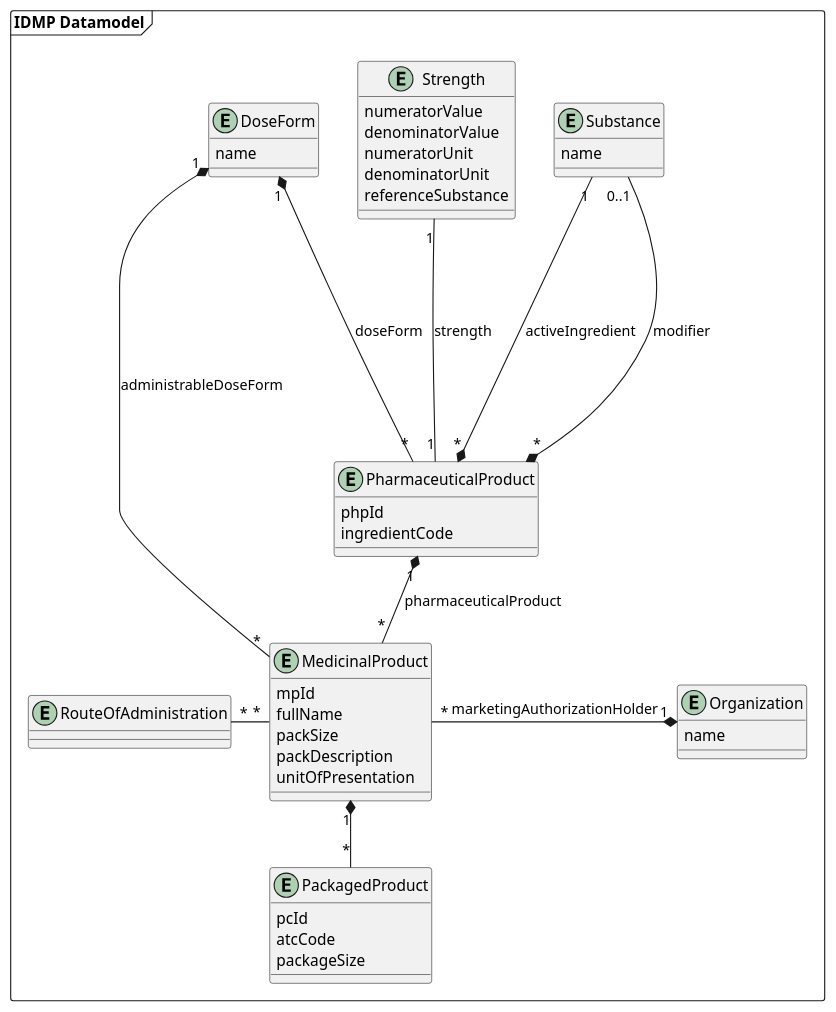
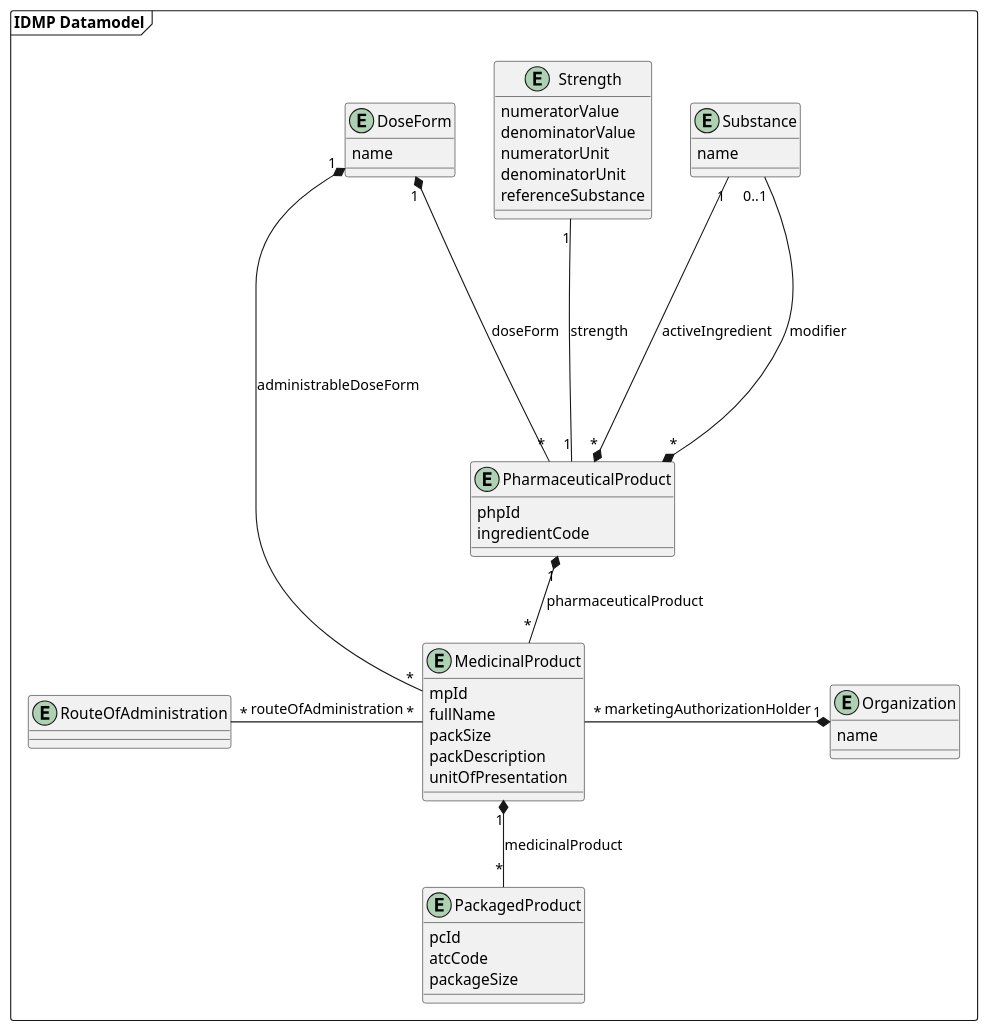
Before and after one commit to unicom-project-eu/wp6-db-api: the diagram in uml/class/datamodel.puml, drawn with PlantUML.

Commit message:
Added names to relationships

```diff
--- a/uml/class/datamodel.puml
+++ b/uml/class/datamodel.puml
@@ -1,62 +1,62 @@
 @startuml
 'https://plantuml.com/class-diagram
 
 package "IDMP Datamodel" as idmpDatamodel <<frame>> {
     entity RouteOfAdministration {
     }
 
     together {
         entity DoseForm {
             name
         }
 
         entity Strength {
             numeratorValue
             denominatorValue
             numeratorUnit
             denominatorUnit
             referenceSubstance
         }
 
         entity Substance {
             name
         }
     }
 
     entity PharmaceuticalProduct {
         phpId
         ingredientCode
     }
 
     entity MedicinalProduct {
         mpId
         fullName
         packSize
         packDescription
         unitOfPresentation
     }
 
     entity PackagedProduct {
         pcId
         atcCode
         packageSize
     }
 
     entity Organization {
         name
     }
 
     Substance "1" ----* "*" PharmaceuticalProduct : activeIngredient
     Substance "0..1" ----* "*" PharmaceuticalProduct : modifier
     DoseForm "1" *-- "*" PharmaceuticalProduct : doseForm
     Strength "1" -- "1" PharmaceuticalProduct : strength
 
     PharmaceuticalProduct "1" *-- "*" MedicinalProduct : pharmaceuticalProduct
 
-    MedicinalProduct "1" *-- "*" PackagedProduct
+    MedicinalProduct "1" *-- "*" PackagedProduct : medicinalProduct
     MedicinalProduct "*" --* "1" DoseForm : administrableDoseForm
-    RouteOfAdministration "*" - "*" MedicinalProduct
+    RouteOfAdministration "*" - "*" MedicinalProduct : routeOfAdministration
 
     MedicinalProduct "*" -* "1" Organization : marketingAuthorizationHolder
 }
 @enduml
```
